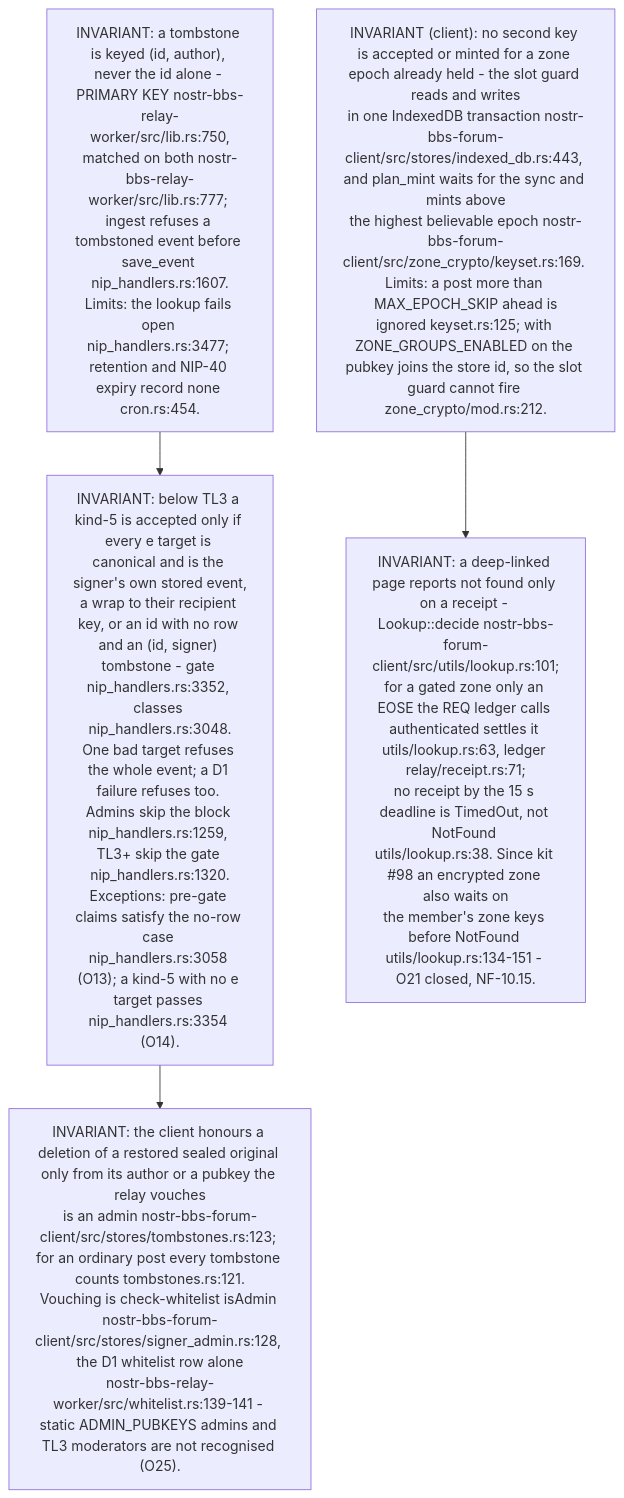
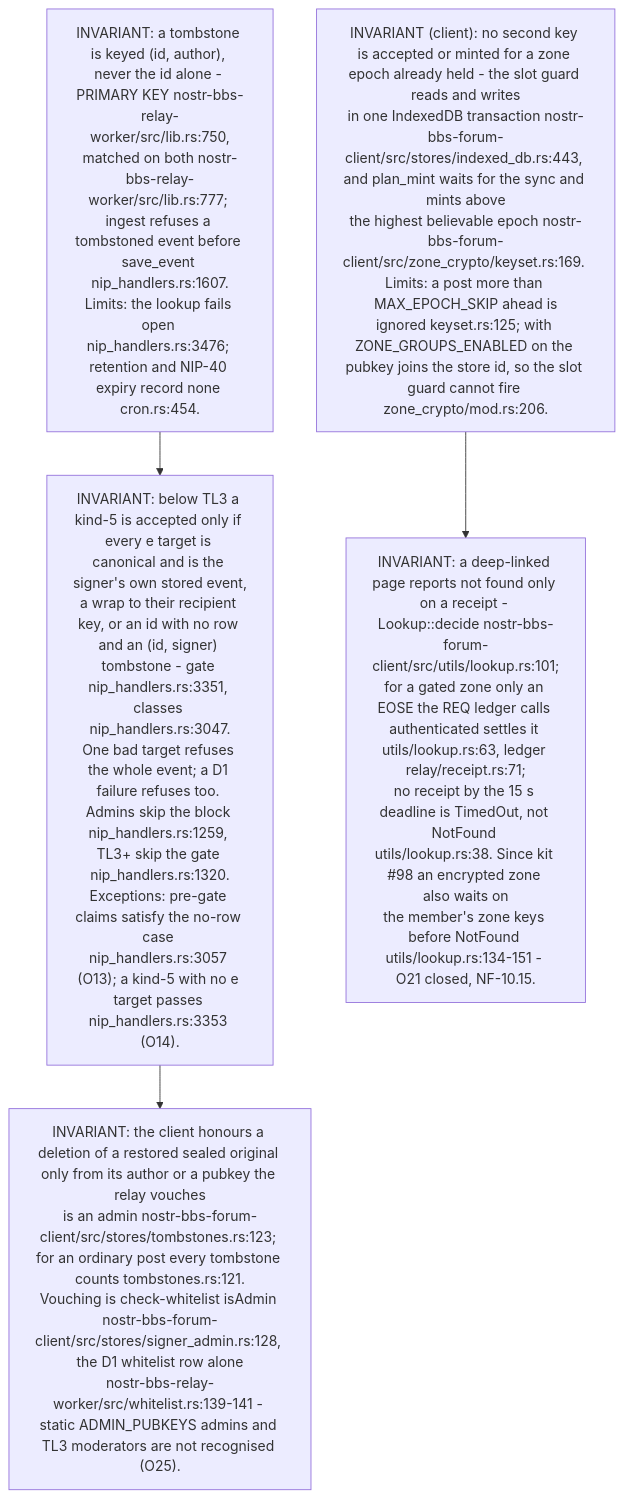
One commit to DreamLab-AI/VisionFlow changed diagram 11 of 15 in docs/diagrams/nostr-rust-forum/10-invariants-and-anomaly-register.md. Above: the diagram before and after it, drawn with Mermaid. The commit also changed other lines of this file and 3 other files, not shown here.

First line of the commit message:
docs(diagrams): hold NF-10 at 4a73a7a (NF-10.6 DD9 on the ratchet no longer holds)

````diff
--- a/docs/diagrams/nostr-rust-forum/10-invariants-and-anomaly-register.md
+++ b/docs/diagrams/nostr-rust-forum/10-invariants-and-anomaly-register.md
@@ -306,10 +306,10 @@
 ```mermaid
 flowchart TB
-    T1["INVARIANT: a tombstone is keyed (id, author), never the id alone - PRIMARY KEY nostr-bbs-relay-worker/src/lib.rs:750,<br/>matched on both nostr-bbs-relay-worker/src/lib.rs:777; ingest refuses a tombstoned event before save_event nip_handlers.rs:1607.<br/>Limits: the lookup fails open nip_handlers.rs:3477; retention and NIP-40 expiry record none cron.rs:454."]
-    T2["INVARIANT: below TL3 a kind-5 is accepted only if every e target is canonical and is the signer's own stored event,<br/>a wrap to their recipient key, or an id with no row and an (id, signer) tombstone - gate nip_handlers.rs:3352, classes nip_handlers.rs:3048.<br/>One bad target refuses the whole event; a D1 failure refuses too. Admins skip the block nip_handlers.rs:1259, TL3+ skip the gate nip_handlers.rs:1320.<br/>Exceptions: pre-gate claims satisfy the no-row case nip_handlers.rs:3058 (O13); a kind-5 with no e target passes nip_handlers.rs:3354 (O14)."]
+    T1["INVARIANT: a tombstone is keyed (id, author), never the id alone - PRIMARY KEY nostr-bbs-relay-worker/src/lib.rs:750,<br/>matched on both nostr-bbs-relay-worker/src/lib.rs:777; ingest refuses a tombstoned event before save_event nip_handlers.rs:1607.<br/>Limits: the lookup fails open nip_handlers.rs:3476; retention and NIP-40 expiry record none cron.rs:454."]
+    T2["INVARIANT: below TL3 a kind-5 is accepted only if every e target is canonical and is the signer's own stored event,<br/>a wrap to their recipient key, or an id with no row and an (id, signer) tombstone - gate nip_handlers.rs:3351, classes nip_handlers.rs:3047.<br/>One bad target refuses the whole event; a D1 failure refuses too. Admins skip the block nip_handlers.rs:1259, TL3+ skip the gate nip_handlers.rs:1320.<br/>Exceptions: pre-gate claims satisfy the no-row case nip_handlers.rs:3057 (O13); a kind-5 with no e target passes nip_handlers.rs:3353 (O14)."]
     T3["INVARIANT: the client honours a deletion of a restored sealed original only from its author or a pubkey the relay vouches<br/>is an admin nostr-bbs-forum-client/src/stores/tombstones.rs:123; for an ordinary post every tombstone counts tombstones.rs:121.<br/>Vouching is check-whitelist isAdmin nostr-bbs-forum-client/src/stores/signer_admin.rs:128, the D1 whitelist row alone<br/>nostr-bbs-relay-worker/src/whitelist.rs:139-141 - static ADMIN_PUBKEYS admins and TL3 moderators are not recognised (O25)."]
-    T4["INVARIANT (client): no second key is accepted or minted for a zone epoch already held - the slot guard reads and writes<br/>in one IndexedDB transaction nostr-bbs-forum-client/src/stores/indexed_db.rs:443, and plan_mint waits for the sync and mints above<br/>the highest believable epoch nostr-bbs-forum-client/src/zone_crypto/keyset.rs:169. Limits: a post more than MAX_EPOCH_SKIP ahead is<br/>ignored keyset.rs:125; with ZONE_GROUPS_ENABLED on the pubkey joins the store id, so the slot guard cannot fire zone_crypto/mod.rs:212."]
+    T4["INVARIANT (client): no second key is accepted or minted for a zone epoch already held - the slot guard reads and writes<br/>in one IndexedDB transaction nostr-bbs-forum-client/src/stores/indexed_db.rs:443, and plan_mint waits for the sync and mints above<br/>the highest believable epoch nostr-bbs-forum-client/src/zone_crypto/keyset.rs:169. Limits: a post more than MAX_EPOCH_SKIP ahead is<br/>ignored keyset.rs:125; with ZONE_GROUPS_ENABLED on the pubkey joins the store id, so the slot guard cannot fire zone_crypto/mod.rs:206."]
     T5["INVARIANT: a deep-linked page reports not found only on a receipt - Lookup::decide nostr-bbs-forum-client/src/utils/lookup.rs:101;<br/>for a gated zone only an EOSE the REQ ledger calls authenticated settles it utils/lookup.rs:63, ledger relay/receipt.rs:71;<br/>no receipt by the 15 s deadline is TimedOut, not NotFound utils/lookup.rs:38. Since kit #98 an encrypted zone also waits on<br/>the member's zone keys before NotFound utils/lookup.rs:134-151 - O21 closed, NF-10.15."]
     T1 --> T2 --> T3
     T4 --> T5
 ```
````
